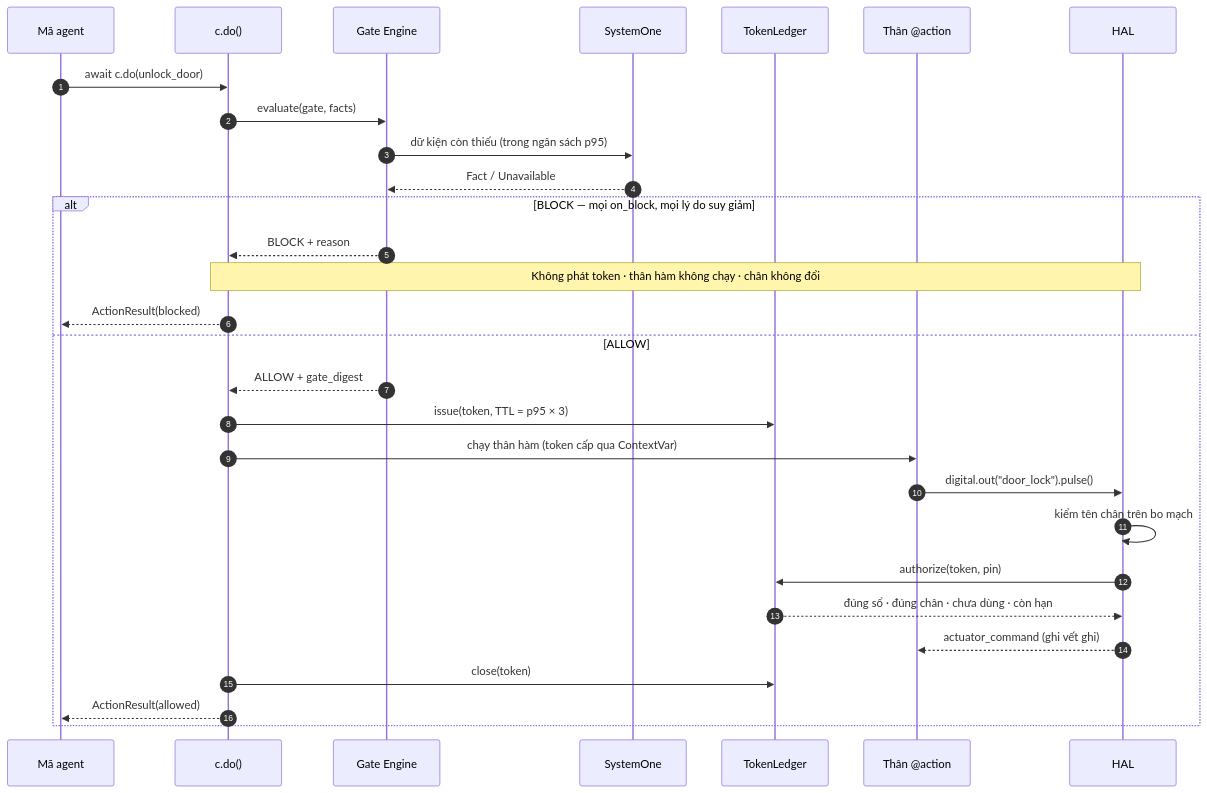
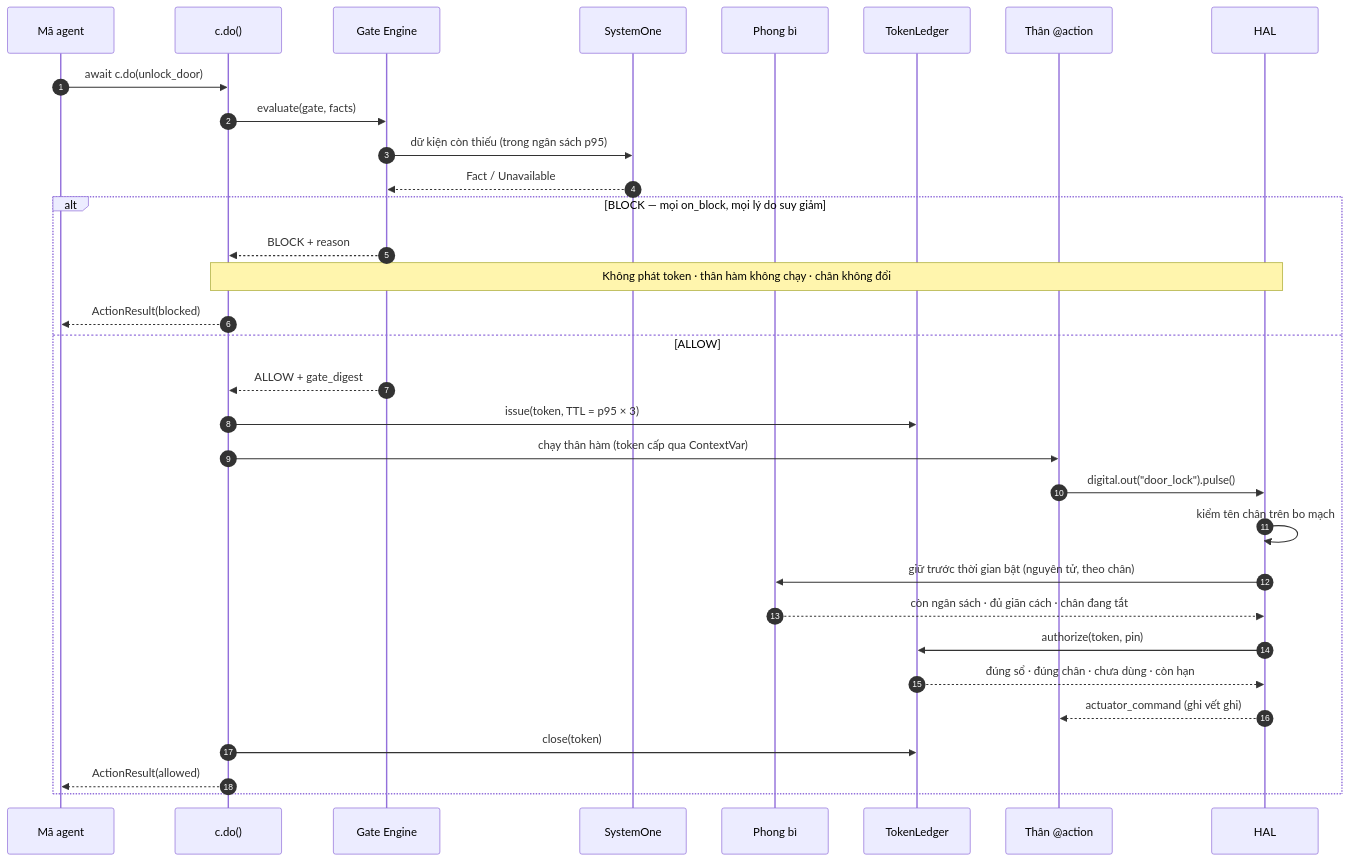
Before and after one commit to letrongminh/neuroedge-init: the diagram in docs/spec/threat_model.md, drawn with Mermaid. The commit also changed other lines of this file and 7 other files, not shown here.

````diff
--- a/docs/spec/threat_model.md
+++ b/docs/spec/threat_model.md
@@ -10,32 +10,35 @@
 ```mermaid
 sequenceDiagram
     autonumber
     participant A as Mã agent
     participant C as c.do()
     participant E as Gate Engine
     participant S as SystemOne
+    participant V as Phong bì
     participant L as TokenLedger
     participant B as Thân @action
     participant H as HAL
 
     A->>C: await c.do(unlock_door)
     C->>E: evaluate(gate, facts)
     E->>S: dữ kiện còn thiếu (trong ngân sách p95)
     S-->>E: Fact / Unavailable
     alt BLOCK — mọi on_block, mọi lý do suy giảm
         E-->>C: BLOCK + reason
         Note over C,H: Không phát token · thân hàm không chạy · chân không đổi
         C-->>A: ActionResult(blocked)
     else ALLOW
         E-->>C: ALLOW + gate_digest
         C->>L: issue(token, TTL = p95 × 3)
         C->>B: chạy thân hàm (token cấp qua ContextVar)
         B->>H: digital.out("door_lock").pulse()
         H->>H: kiểm tên chân trên bo mạch
+        H->>V: giữ trước thời gian bật (nguyên tử, theo chân)
+        V-->>H: còn ngân sách · đủ giãn cách · chân đang tắt
         H->>L: authorize(token, pin)
         L-->>H: đúng sổ · đúng chân · chưa dùng · còn hạn
         H-->>B: actuator_command (ghi vết ghi)
         C->>L: close(token)
         C-->>A: ActionResult(allowed)
     end
 ```
````
